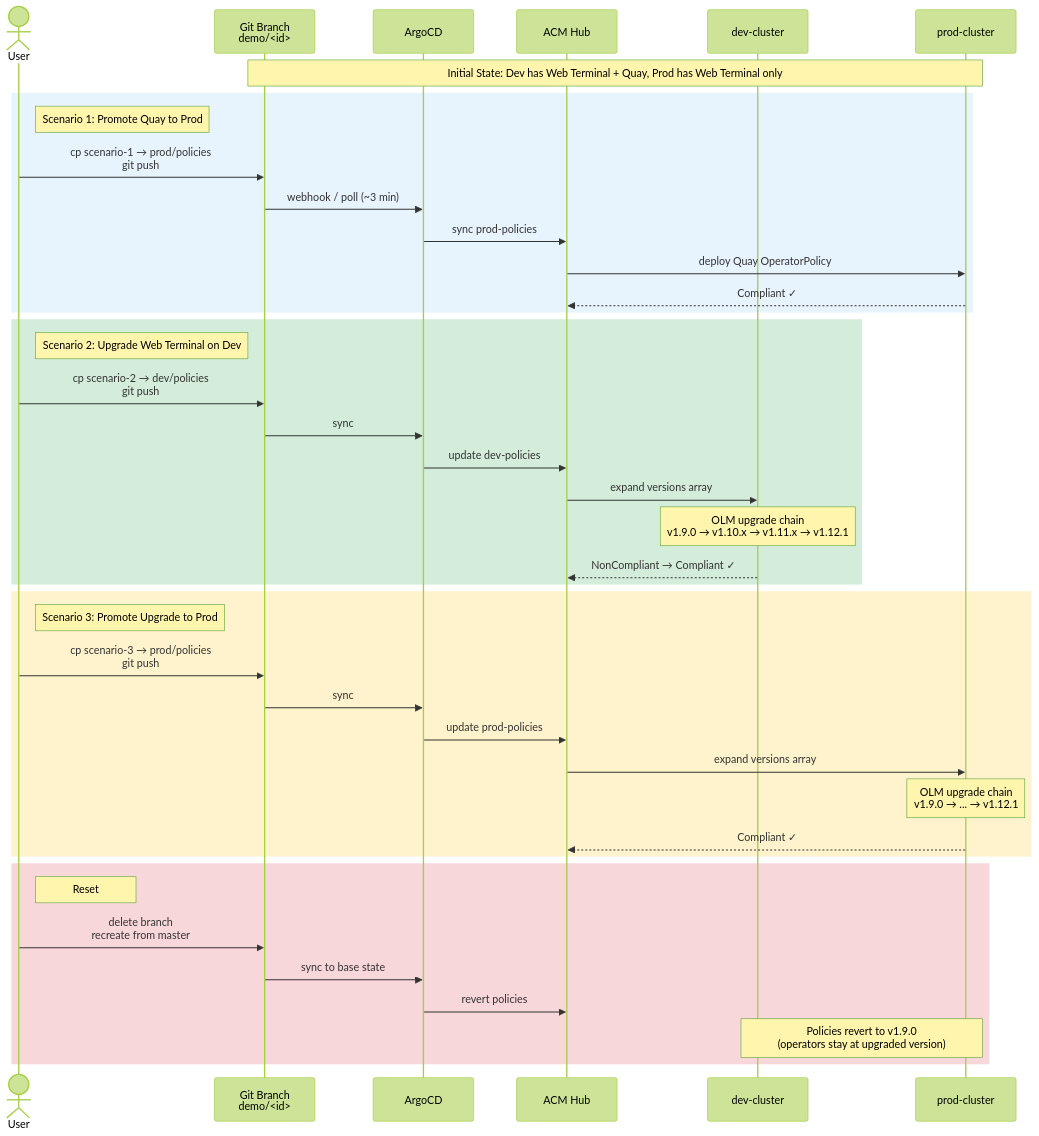
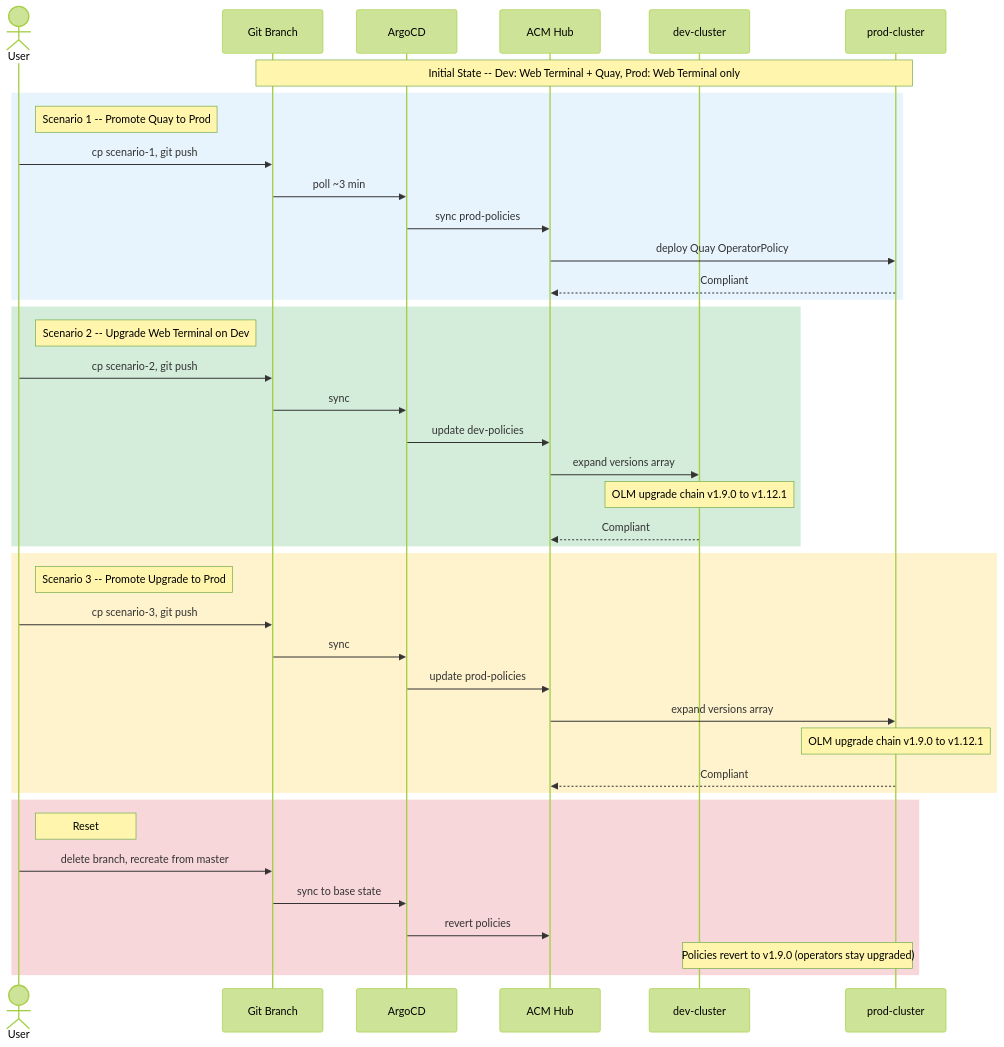
The third of 5 diagrams in demo-acm-gitops/diagrams.md (jwerak/rh-demos), drawn with Mermaid (forest theme) before and after one commit. The commit also changed other lines of this file, not shown here.

First line of the commit message:
Fix Mermaid diagrams: remove HTML tags, use plain text formatting

````diff
--- a/demo-acm-gitops/diagrams.md
+++ b/demo-acm-gitops/diagrams.md
@@ -98,48 +98,48 @@
 ```mermaid
 sequenceDiagram
     actor User
-    participant Git as Git Branch<br/>demo/<id>
+    participant Git as Git Branch
     participant Argo as ArgoCD
     participant ACM as ACM Hub
     participant Dev as dev-cluster
     participant Prod as prod-cluster
 
-    Note over Git,Prod: Initial State: Dev has Web Terminal + Quay, Prod has Web Terminal only
+    Note over Git,Prod: Initial State -- Dev: Web Terminal + Quay, Prod: Web Terminal only
 
     rect rgb(232, 244, 253)
-        Note right of User: Scenario 1: Promote Quay to Prod
-        User->>Git: cp scenario-1 → prod/policies<br/>git push
-        Git->>Argo: webhook / poll (~3 min)
+        Note right of User: Scenario 1 -- Promote Quay to Prod
+        User->>Git: cp scenario-1, git push
+        Git->>Argo: poll ~3 min
         Argo->>ACM: sync prod-policies
         ACM->>Prod: deploy Quay OperatorPolicy
-        Prod-->>ACM: Compliant ✓
+        Prod-->>ACM: Compliant
     end
 
     rect rgb(212, 237, 218)
-        Note right of User: Scenario 2: Upgrade Web Terminal on Dev
-        User->>Git: cp scenario-2 → dev/policies<br/>git push
+        Note right of User: Scenario 2 -- Upgrade Web Terminal on Dev
+        User->>Git: cp scenario-2, git push
         Git->>Argo: sync
         Argo->>ACM: update dev-policies
         ACM->>Dev: expand versions array
-        Note over Dev: OLM upgrade chain<br/>v1.9.0 → v1.10.x → v1.11.x → v1.12.1
-        Dev-->>ACM: NonCompliant → Compliant ✓
+        Note over Dev: OLM upgrade chain v1.9.0 to v1.12.1
+        Dev-->>ACM: Compliant
     end
 
     rect rgb(255, 243, 205)
-        Note right of User: Scenario 3: Promote Upgrade to Prod
-        User->>Git: cp scenario-3 → prod/policies<br/>git push
+        Note right of User: Scenario 3 -- Promote Upgrade to Prod
+        User->>Git: cp scenario-3, git push
         Git->>Argo: sync
         Argo->>ACM: update prod-policies
         ACM->>Prod: expand versions array
-        Note over Prod: OLM upgrade chain<br/>v1.9.0 → ... → v1.12.1
-        Prod-->>ACM: Compliant ✓
+        Note over Prod: OLM upgrade chain v1.9.0 to v1.12.1
+        Prod-->>ACM: Compliant
     end
 
     rect rgb(248, 215, 218)
         Note right of User: Reset
-        User->>Git: delete branch<br/>recreate from master
+        User->>Git: delete branch, recreate from master
         Git->>Argo: sync to base state
         Argo->>ACM: revert policies
-        Note over Dev,Prod: Policies revert to v1.9.0<br/>(operators stay at upgraded version)
+        Note over Dev,Prod: Policies revert to v1.9.0 (operators stay upgraded)
     end
 ```
````
